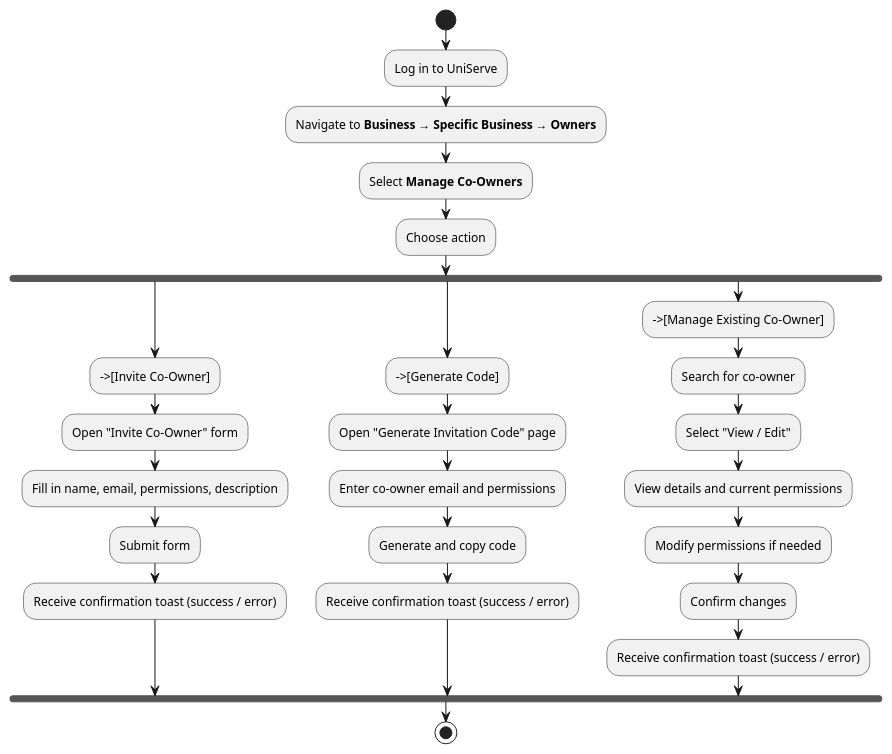
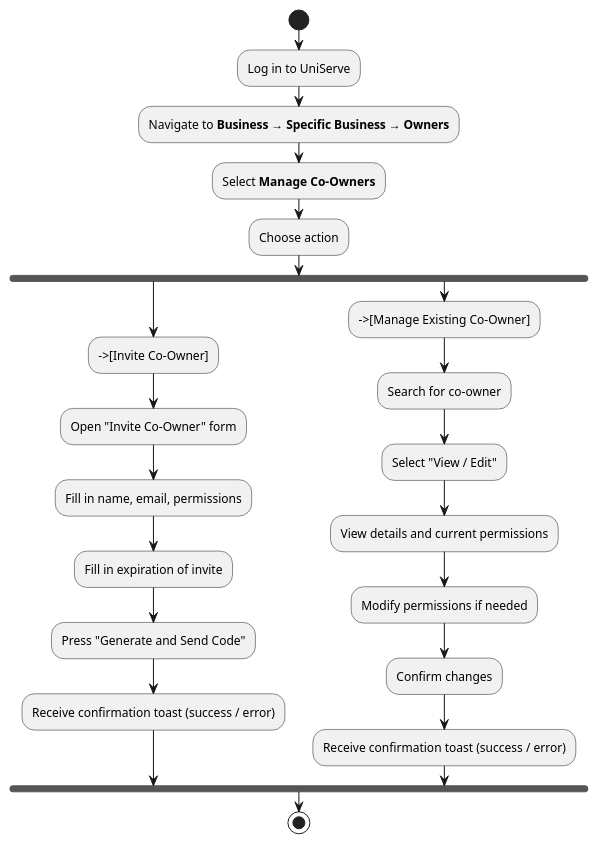
The diagram in docs/ps-design/design-document/diagrams/business/bpmn_user_manage_coowner.puml (user5427/ps-design), drawn with PlantUML before and after one commit. The commit also changed 83 other files, not shown here.

```diff
--- a/docs/ps-design/design-document/diagrams/business/bpmn_user_manage_coowner.puml
+++ b/docs/ps-design/design-document/diagrams/business/bpmn_user_manage_coowner.puml
@@ -1,32 +1,27 @@
 @startuml
 |Owner|
 start
 :Log in to UniServe;
 :Navigate to **Business → Specific Business → Owners**;
 :Select **Manage Co-Owners**;
 
 :Choose action;
 fork
   -->[Invite Co-Owner]
   :Open "Invite Co-Owner" form;
-  :Fill in name, email, permissions, description;
-  :Submit form;
-  :Receive confirmation toast (success / error);
-fork again
-  -->[Generate Code]
-  :Open "Generate Invitation Code" page;
-  :Enter co-owner email and permissions;
-  :Generate and copy code;
+  :Fill in name, email, permissions;
+  :Fill in expiration of invite;
+  :Press "Generate and Send Code";
   :Receive confirmation toast (success / error);
 fork again
   -->[Manage Existing Co-Owner]
   :Search for co-owner;
   :Select "View / Edit";
   :View details and current permissions;
   :Modify permissions if needed;
   :Confirm changes;
   :Receive confirmation toast (success / error);
 end fork
 
 stop
 @enduml
```
